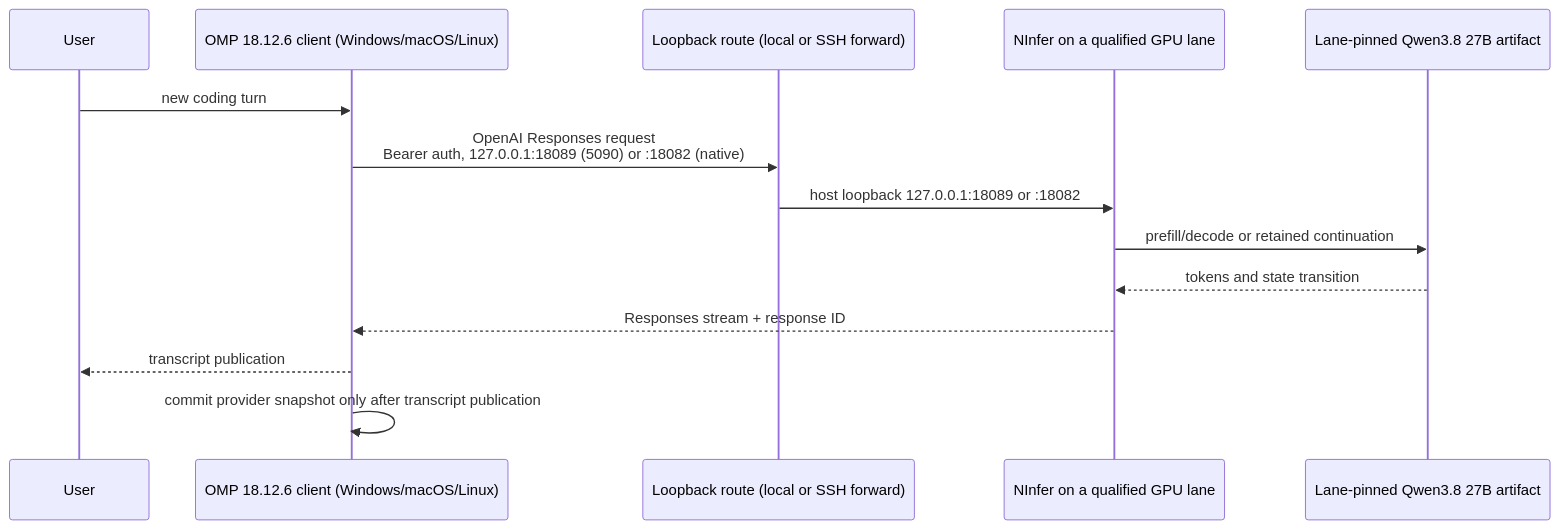
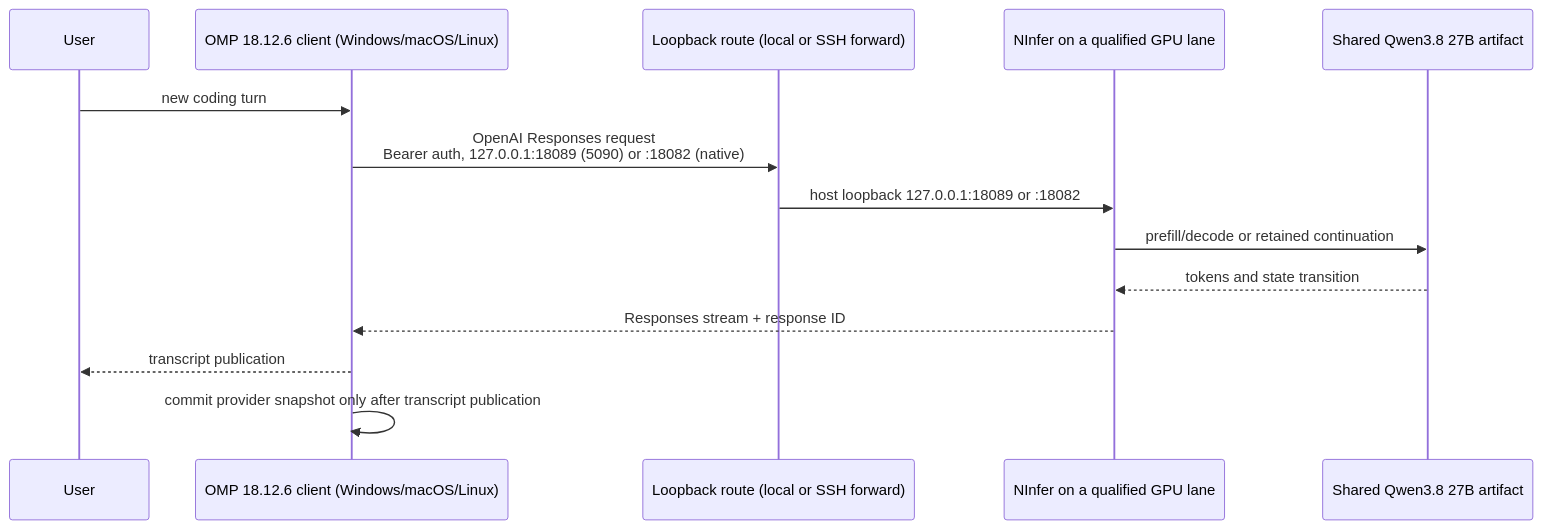
The diagram in docs/ARCHITECTURE.md (alphastorm/omp-ninfer), drawn with Mermaid before and after one commit. The commit also changed other lines of this file and 29 other files, not shown here.

````diff
--- a/docs/ARCHITECTURE.md
+++ b/docs/ARCHITECTURE.md
@@ -12,17 +12,17 @@
 ```mermaid
 sequenceDiagram
     participant User
     participant OMP as OMP 18.12.6 client (Windows/macOS/Linux)
     participant Route as Loopback route (local or SSH forward)
     participant NInfer as NInfer on a qualified GPU lane
-    participant GPU as Lane-pinned Qwen3.8 27B artifact
+    participant GPU as Shared Qwen3.8 27B artifact
 
     User->>OMP: new coding turn
     OMP->>Route: OpenAI Responses request<br/>Bearer auth, 127.0.0.1:18089 (5090) or :18082 (native)
     Route->>NInfer: host loopback 127.0.0.1:18089 or :18082
     NInfer->>GPU: prefill/decode or retained continuation
     GPU-->>NInfer: tokens and state transition
     NInfer-->>OMP: Responses stream + response ID
     OMP-->>User: transcript publication
     OMP->>OMP: commit provider snapshot only after transcript publication
 ```
````
